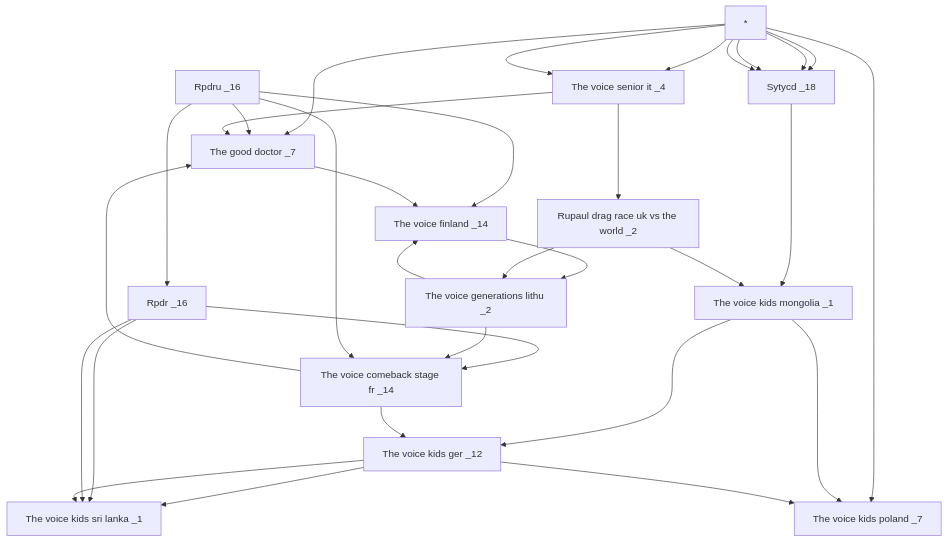
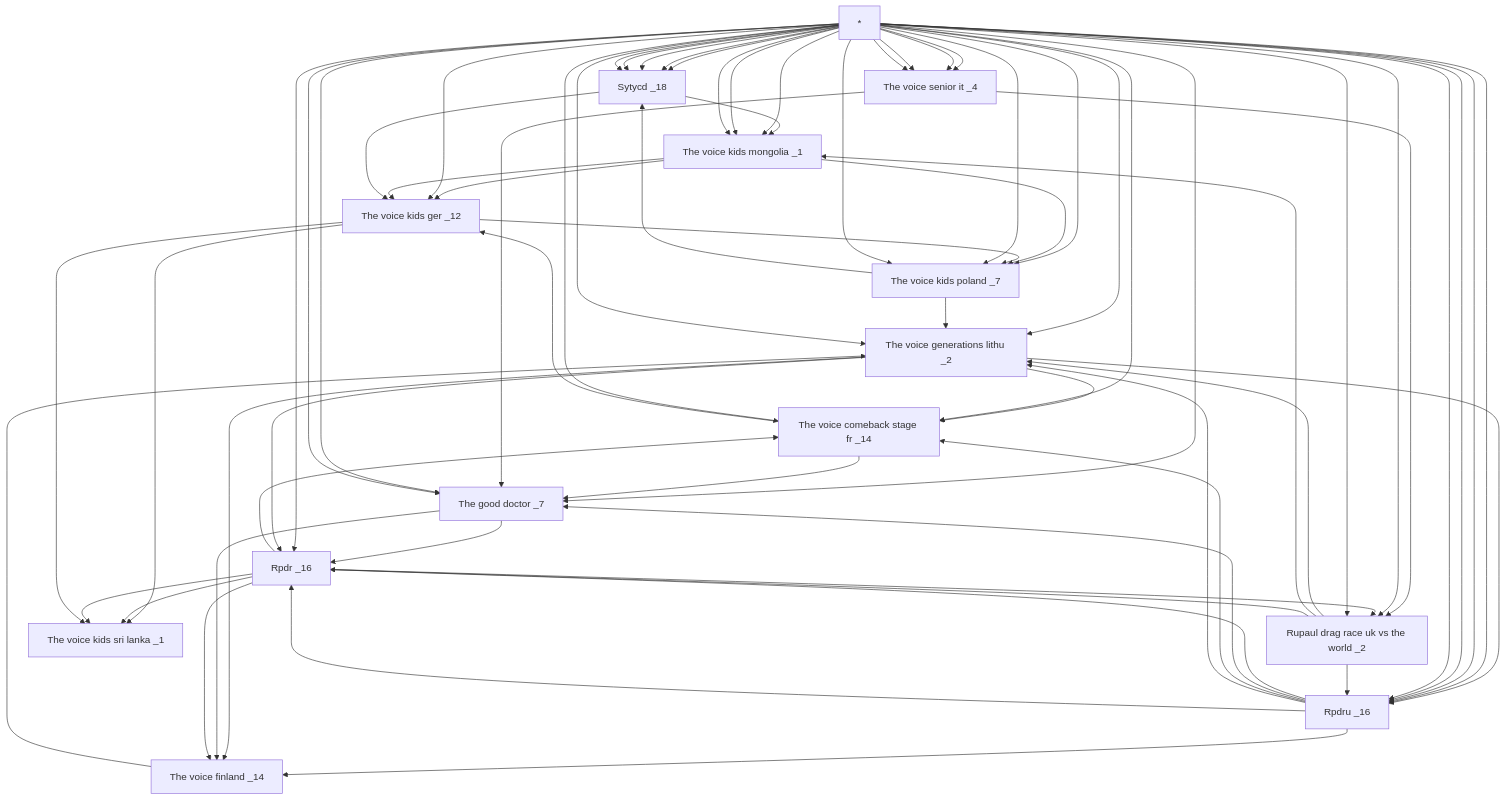
One commit to mell421/mermaid changed the first of 2 diagrams in ajout.md. Above: the diagram before and after it, drawn with Mermaid.

Commit message:
update aj complet

````diff
--- a/ajout.md
+++ b/ajout.md
@@ -3,35 +3,73 @@
 ```mermaid
 flowchart TD
     M[*] --> D[Sytycd _18]
 M[*] --> E[The good doctor _7]
 G[The voice kids mongolia _1] --> I[The voice kids ger _12]
 H[The voice senior it _4] --> K[Rupaul drag race uk vs the world _2]
 Z[Rpdru _16] --> L[Rpdr _16]
 M[*] --> D[Sytycd _18]
 M[*] --> F[The voice kids poland _7]
 B[The voice comeback stage fr _14] --> E[The good doctor _7]
 I[The voice kids ger _12] --> A[The voice kids sri lanka _1]
 C[The voice finland _14] --> J[The voice generations lithu _2]
 L[Rpdr _16] --> B[The voice comeback stage fr _14]
 D[Sytycd _18] --> G[The voice kids mongolia _1]
 K[Rupaul drag race uk vs the world _2] --> J[The voice generations lithu _2]
 Z[Rpdru _16] --> C[The voice finland _14]
 M[*] --> H[The voice senior it _4]
 Z[Rpdru _16] --> E[The good doctor _7]
 L[Rpdr _16] --> A[The voice kids sri lanka _1]
 M[*] --> D[Sytycd _18]
 J[The voice generations lithu _2] --> C[The voice finland _14]
 G[The voice kids mongolia _1] --> F[The voice kids poland _7]
 B[The voice comeback stage fr _14] --> I[The voice kids ger _12]
 J[The voice generations lithu _2] --> B[The voice comeback stage fr _14]
 H[The voice senior it _4] --> E[The good doctor _7]
 L[Rpdr _16] --> A[The voice kids sri lanka _1]
 I[The voice kids ger _12] --> F[The voice kids poland _7]
 M[*] --> D[Sytycd _18]
 M[*] --> H[The voice senior it _4]
 K[Rupaul drag race uk vs the world _2] --> G[The voice kids mongolia _1]
 I[The voice kids ger _12] --> A[The voice kids sri lanka _1]
 Z[Rpdru _16] --> B[The voice comeback stage fr _14]
 E[The good doctor _7] --> C[The voice finland _14]
 
+M[*] --> G[The voice kids mongolia _1] 
+M[*] --> H[The voice senior it _4] 
+J[The voice generations lithu _2] --> Z[Rpdru _16] 
+M[*] --> B[The voice comeback stage fr _14] 
+M[*] --> I[The voice kids ger _12] 
+L[Rpdr _16] --> C[The voice finland _14] 
+E[The good doctor _7] --> L[Rpdr _16] 
+F[The voice kids poland _7] --> D[Sytycd _18] 
+M[*] --> K[Rupaul drag race uk vs the world _2] 
+M[*] --> Z[Rpdru _16] 
+M[*] --> Z[Rpdru _16] 
+K[Rupaul drag race uk vs the world _2] --> L[Rpdr _16] 
+M[*] --> J[The voice generations lithu _2] 
+M[*] --> G[The voice kids mongolia _1] 
+M[*] --> B[The voice comeback stage fr _14] 
+Z[Rpdru _16] --> J[The voice generations lithu _2] 
+M[*] --> H[The voice senior it _4] 
+M[*] --> L[Rpdr _16] 
+G[The voice kids mongolia _1] --> I[The voice kids ger _12] 
+L[Rpdr _16] --> K[Rupaul drag race uk vs the world _2] 
+D[Sytycd _18] --> I[The voice kids ger _12] 
+M[*] --> Z[Rpdru _16] 
+M[*] --> E[The good doctor _7] 
+
+F[The voice kids poland _7] --> J[The voice generations lithu _2] 
+Z[Rpdru _16] --> L[Rpdr _16] 
+M[*] --> E[The good doctor _7] 
+M[*] --> F[The voice kids poland _7] 
+M[*] --> K[Rupaul drag race uk vs the world _2] 
+M[*] --> Z[Rpdru _16] 
+M[*] --> G[The voice kids mongolia _1] 
+J[The voice generations lithu _2] --> L[Rpdr _16] 
+M[*] --> D[Sytycd _18] 
+
+M[*] --> F[The voice kids poland _7] 
+K[Rupaul drag race uk vs the world _2] --> Z[Rpdru _16] 
+M[*] --> J[The voice generations lithu _2] 
+
 ```
````
